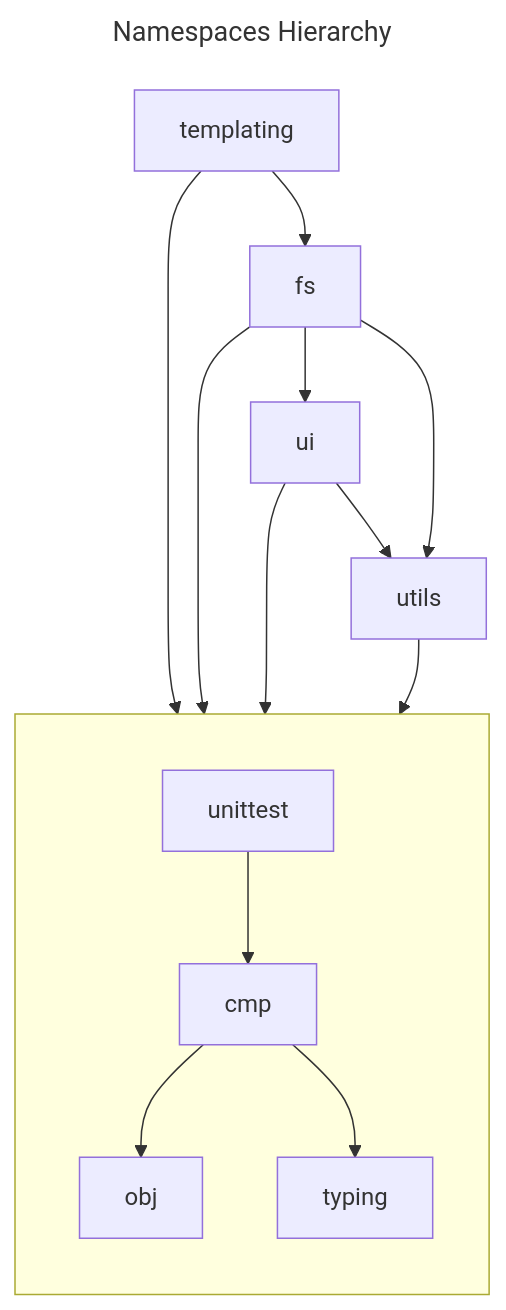
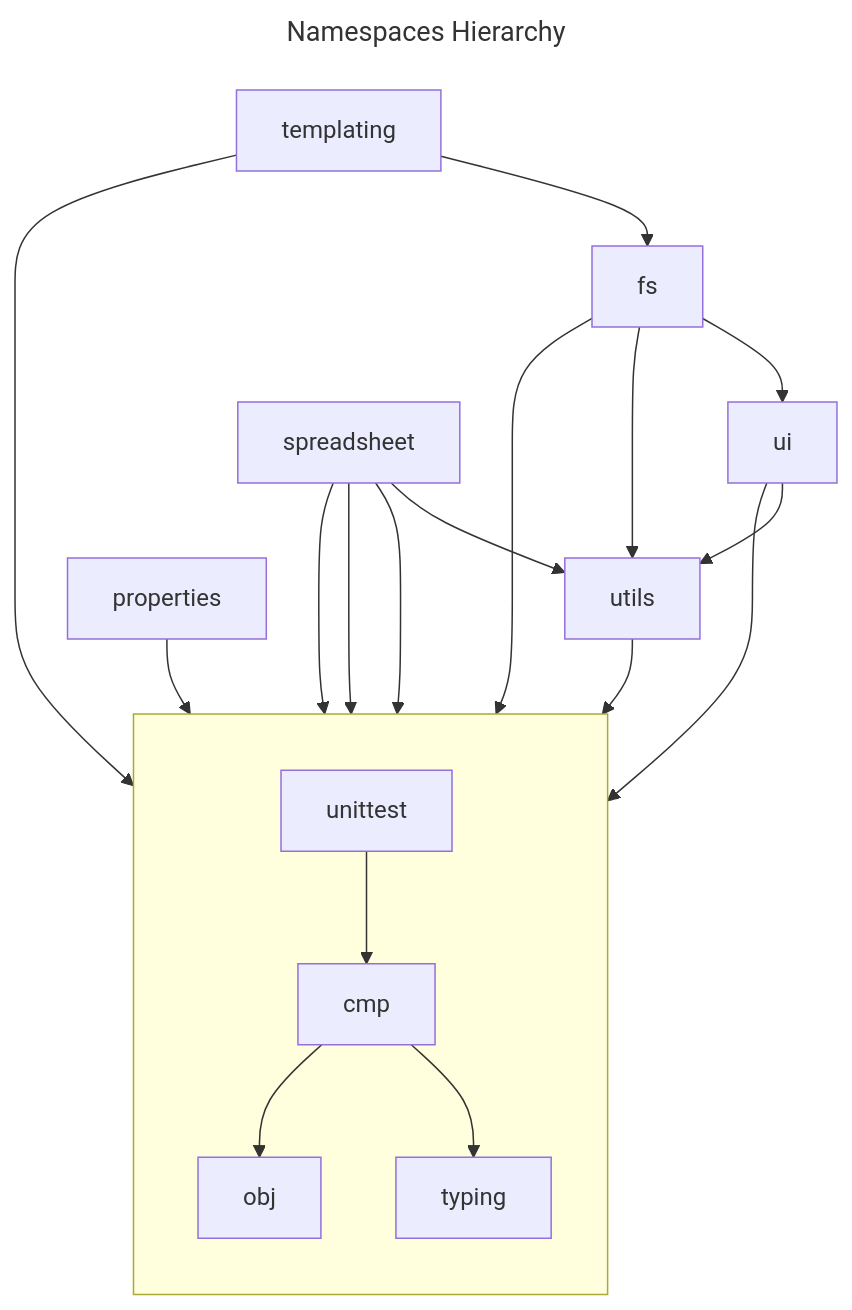
The diagram in ReadMe.md (bjbfr/gas-libs), drawn with Mermaid before and after one commit. The commit also changed 1 other file, not shown here.

````diff
--- a/ReadMe.md
+++ b/ReadMe.md
@@ -9,17 +9,19 @@
 ```mermaid
 ---
 title: Namespaces Hierarchy
 ---
 flowchart TB
     templating --> fs
     fs --> ui
-    ui & fs --> utils
+    spreadsheet & ui & fs --> utils
 
-    templating & fs & ui & utils --> unittest
+    templating & spreadsheet & fs & properties & ui & utils --> unittest
+
+    spreadsheet --> obj & cmp
 
     subgraph  
         direction TB
         unittest --> cmp  
         cmp  --> obj & typing
     end
 ```
````
